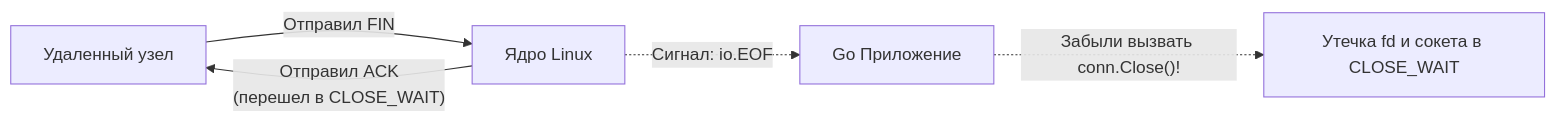
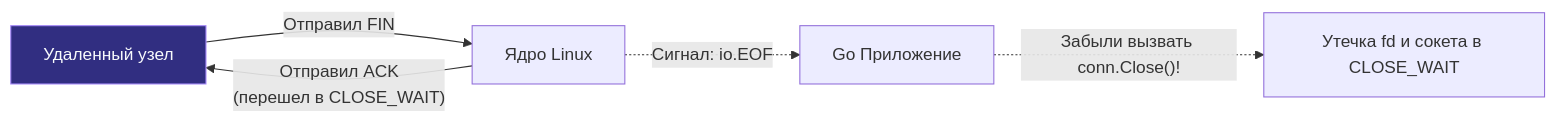
The third of 3 diagrams in sources/2. Устройство и работа ОС/50. TIME_WAIT, CLOSE_WAIT и проблемы сокетов.md (UnrealTemplier/go-textbook), drawn with Mermaid before and after one commit. The commit also changed other lines of this file and 1666 other files, not shown here.

First line of the commit message:
feat(mermaid): add semantic color classDef to 1369 colorless flowchart/graph diagrams

````diff
--- a/sources/2. Устройство и работа ОС/50. TIME_WAIT, CLOSE_WAIT и проблемы сокетов.md
+++ b/sources/2. Устройство и работа ОС/50. TIME_WAIT, CLOSE_WAIT и проблемы сокетов.md
@@ -89,8 +99,18 @@
 ```mermaid
 flowchart LR
-    Remote["Удаленный узел"] -->|"Отправил FIN"| Kernel["Ядро Linux"]
+    classDef process  fill:#1e293b,stroke:#38bdf8,stroke-width:1px,color:#f8fafc
+    classDef success  fill:#064e3b,stroke:#34d399,stroke-width:1px,color:#f8fafc
+    classDef error    fill:#7f1d1d,stroke:#f87171,stroke-width:1px,color:#f8fafc
+    classDef warning  fill:#78350f,stroke:#fbbf24,stroke-width:1px,color:#f8fafc
+    classDef entry    fill:#1e3a5f,stroke:#38bdf8,stroke-width:2px,color:#f8fafc
+    classDef aux      fill:#334155,stroke:#64748b,stroke-width:1px,color:#f8fafc
+    classDef system   fill:#312e81,stroke:#a78bfa,stroke-width:1px,color:#f8fafc
+    classDef data     fill:#132d29,stroke:#2dd4bf,stroke-width:1px,color:#f8fafc
+    classDef network  fill:#881337,stroke:#fb7185,stroke-width:1px,color:#f8fafc
+    classDef accent   fill:#1e1b4b,stroke:#818cf8,stroke-width:1px,color:#f8fafc
+    Remote["Удаленный узел"]:::system -->|"Отправил FIN"| Kernel["Ядро Linux"]
     Kernel -->|"Отправил ACK
 (перешел в CLOSE_WAIT)"| Remote
     Kernel -.->|"Сигнал: io.EOF"| GoApp["Go Приложение"]
     GoApp -.->|"Забыли вызвать conn.Close()!"| Leak["Утечка fd и сокета в CLOSE_WAIT"]
 ```
````
